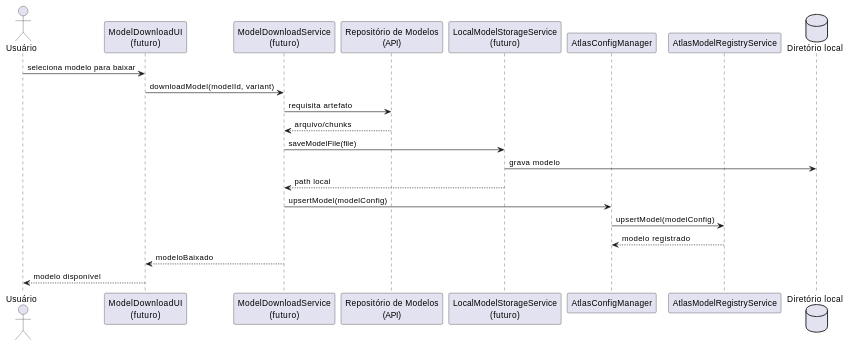
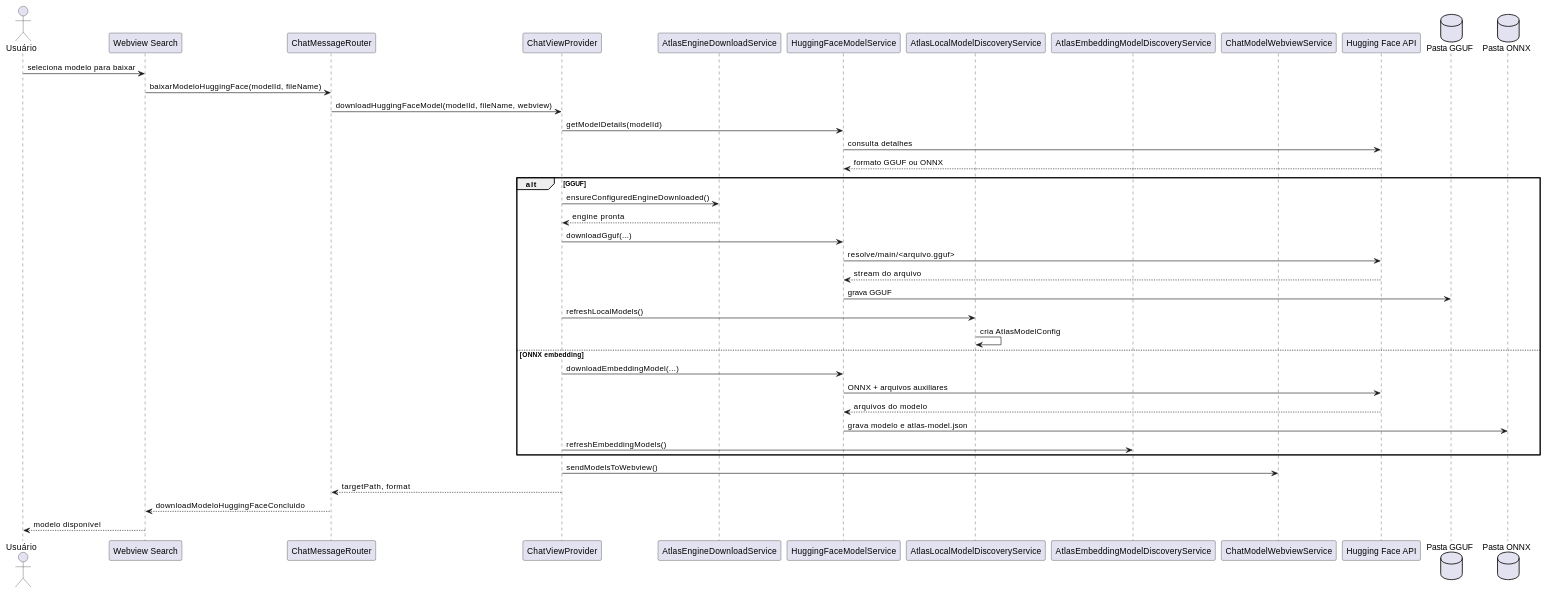
Before and after one commit to JVictorVI/ATLAS: diagram 38 of 40 in docs/plantuml-diagramas-por-caso-de-uso-atlas.md, drawn with PlantUML. The commit also changed other lines of this file and 15 other files, not shown here.

````diff
--- a/docs/plantuml-diagramas-por-caso-de-uso-atlas.md
+++ b/docs/plantuml-diagramas-por-caso-de-uso-atlas.md
@@ -1350,26 +1410,44 @@
 ```plantuml
 @startuml
 skinparam shadowing false
 actor Usuário
-participant "ModelDownloadUI\n(futuro)" as UI
-participant "ModelDownloadService\n(futuro)" as Download
-participant "Repositório de Modelos\n(API)" as RepoAPI
-participant "LocalModelStorageService\n(futuro)" as Storage
-participant AtlasConfigManager as Config
-participant AtlasModelRegistryService as Registry
-database "Diretório local" as ModelDir
+participant "Webview Search" as UI
+participant ChatMessageRouter as Router
+participant ChatViewProvider as Provider
+participant AtlasEngineDownloadService as EngineDownload
+participant HuggingFaceModelService as HF
+participant AtlasLocalModelDiscoveryService as LocalDiscovery
+participant AtlasEmbeddingModelDiscoveryService as EmbeddingDiscovery
+participant ChatModelWebviewService as ModelWebview
+participant "Hugging Face API" as RepoAPI
+database "Pasta GGUF" as ModelDir
+database "Pasta ONNX" as EmbeddingDir
 
 Usuário -> UI : seleciona modelo para baixar
-UI -> Download : downloadModel(modelId, variant)
-Download -> RepoAPI : requisita artefato
-RepoAPI --> Download : arquivo/chunks
-Download -> Storage : saveModelFile(file)
-Storage -> ModelDir : grava modelo
-Storage --> Download : path local
-Download -> Config : upsertModel(modelConfig)
-Config -> Registry : upsertModel(modelConfig)
-Registry --> Config : modelo registrado
-Download --> UI : modeloBaixado
+UI -> Router : baixarModeloHuggingFace(modelId, fileName)
+Router -> Provider : downloadHuggingFaceModel(modelId, fileName, webview)
+Provider -> HF : getModelDetails(modelId)
+HF -> RepoAPI : consulta detalhes
+RepoAPI --> HF : formato GGUF ou ONNX
+alt GGUF
+  Provider -> EngineDownload : ensureConfiguredEngineDownloaded()
+  EngineDownload --> Provider : engine pronta
+  Provider -> HF : downloadGguf(...)
+  HF -> RepoAPI : resolve/main/<arquivo.gguf>
+  RepoAPI --> HF : stream do arquivo
+  HF -> ModelDir : grava GGUF
+  Provider -> LocalDiscovery : refreshLocalModels()
+  LocalDiscovery -> LocalDiscovery : cria AtlasModelConfig
+else ONNX embedding
+  Provider -> HF : downloadEmbeddingModel(...)
+  HF -> RepoAPI : ONNX + arquivos auxiliares
+  RepoAPI --> HF : arquivos do modelo
+  HF -> EmbeddingDir : grava modelo e atlas-model.json
+  Provider -> EmbeddingDiscovery : refreshEmbeddingModels()
+end
+Provider -> ModelWebview : sendModelsToWebview()
+Provider --> Router : targetPath, format
+Router --> UI : downloadModeloHuggingFaceConcluido
 UI --> Usuário : modelo disponível
 @enduml
 ```
````
